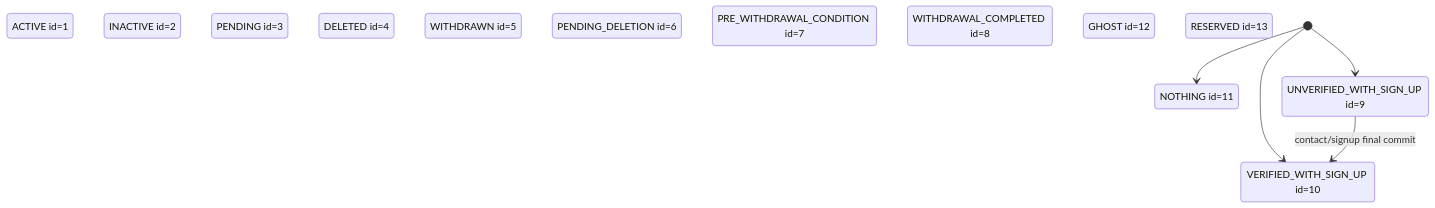
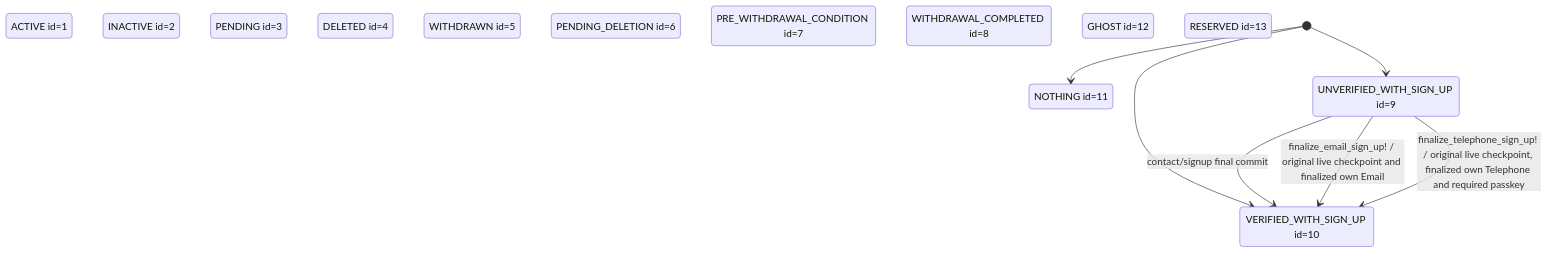
One commit to seahal/umaxica-apps-jit-global changed the diagram in docs/mermaid/idp-client-actor-provisioning.mmd. Above: the diagram before and after it, drawn with Mermaid. The commit also changed 658 other files, not shown here.

```diff
--- a/docs/mermaid/idp-client-actor-provisioning.mmd
+++ b/docs/mermaid/idp-client-actor-provisioning.mmd
@@ -1,19 +1,21 @@
 stateDiagram-v2
     %% CURRENT implementation; sources and guards in transition inventory.
     state "NOTHING id=11" as NOTHING
     state "ACTIVE id=1" as ACTIVE
     state "INACTIVE id=2" as INACTIVE
     state "PENDING id=3" as PENDING
     state "DELETED id=4" as DELETED
     state "WITHDRAWN id=5" as WITHDRAWN
     state "PENDING_DELETION id=6" as PENDING_DELETION
     state "PRE_WITHDRAWAL_CONDITION id=7" as PRE_WITHDRAWAL_CONDITION
     state "WITHDRAWAL_COMPLETED id=8" as WITHDRAWAL_COMPLETED
     state "UNVERIFIED_WITH_SIGN_UP id=9" as UNVERIFIED_WITH_SIGN_UP
     state "VERIFIED_WITH_SIGN_UP id=10" as VERIFIED_WITH_SIGN_UP
     state "GHOST id=12" as GHOST
     state "RESERVED id=13" as RESERVED
     [*] --> UNVERIFIED_WITH_SIGN_UP
     [*] --> VERIFIED_WITH_SIGN_UP
     [*] --> NOTHING
     UNVERIFIED_WITH_SIGN_UP --> VERIFIED_WITH_SIGN_UP: contact/signup final commit
+    UNVERIFIED_WITH_SIGN_UP --> VERIFIED_WITH_SIGN_UP: finalize_email_sign_up! / original live checkpoint and finalized own Email
+    UNVERIFIED_WITH_SIGN_UP --> VERIFIED_WITH_SIGN_UP: finalize_telephone_sign_up! / original live checkpoint, finalized own Telephone and required passkey
```
